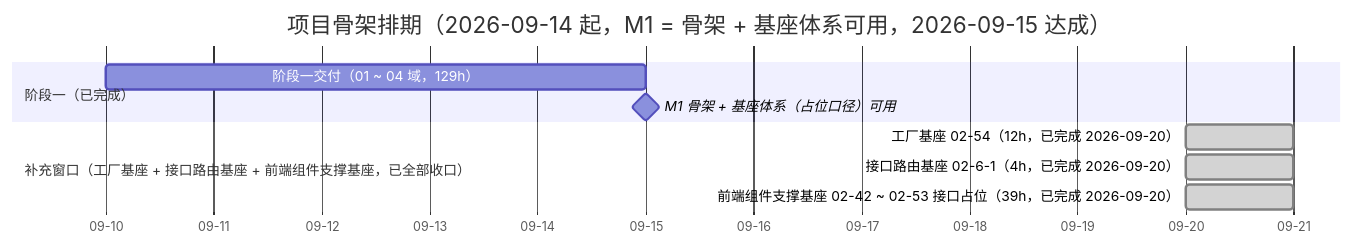
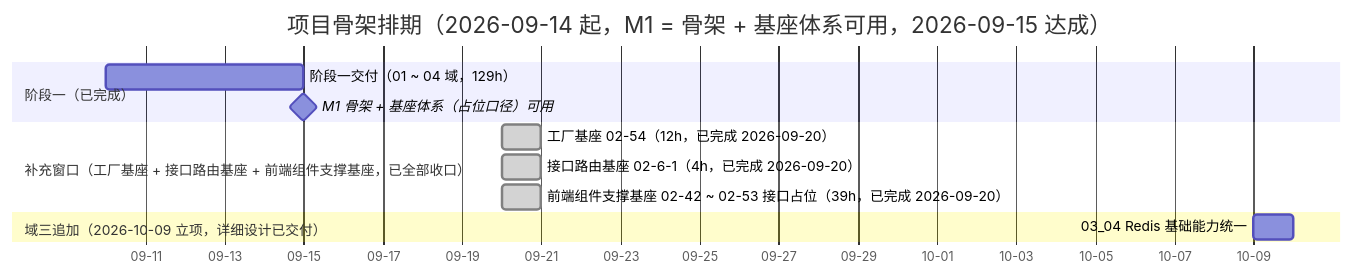
The diagram in bms文档/项目/01_项目骨架/计划/01_计划_项目骨架.md (minjian123/basic-management-system), drawn with Mermaid before and after one commit. The commit also changed other lines of this file and 9 other files, not shown here.

Commit message:
docs(03): 立项 Redis 基础能力统一（需求 03-5 / 任务 03_04）并交付详细设计

````diff
--- a/bms文档/项目/01_项目骨架/计划/01_计划_项目骨架.md
+++ b/bms文档/项目/01_项目骨架/计划/01_计划_项目骨架.md
@@ -149,13 +149,15 @@
 ```mermaid
 gantt
     title 项目骨架排期（2026-09-14 起，M1 = 骨架 + 基座体系可用，2026-09-15 达成）
     dateFormat  YYYY-MM-DD
     axisFormat %m-%d
     section 阶段一（已完成）
     阶段一交付（01 ~ 04 域，129h） :done1, 2026-09-10, 2026-09-15
     M1 骨架 + 基座体系（占位口径）可用 :milestone, m1, 2026-09-15, 0d
     section 补充窗口（工厂基座 + 接口路由基座 + 前端组件支撑基座，已全部收口）
     工厂基座 02-54（12h，已完成 2026-09-20） :done, fac, 2026-09-20, 1d
     接口路由基座 02-6-1（4h，已完成 2026-09-20） :done, route, 2026-09-20, 1d
     前端组件支撑基座 02-42 ~ 02-53 接口占位（39h，已完成 2026-09-20） :done, supp, 2026-09-20, 1d
+    section 域三追加（2026-10-09 立项，详细设计已交付）
+    03_04 Redis 基础能力统一 :t0304, 2026-10-09, 1d
 ```
````
